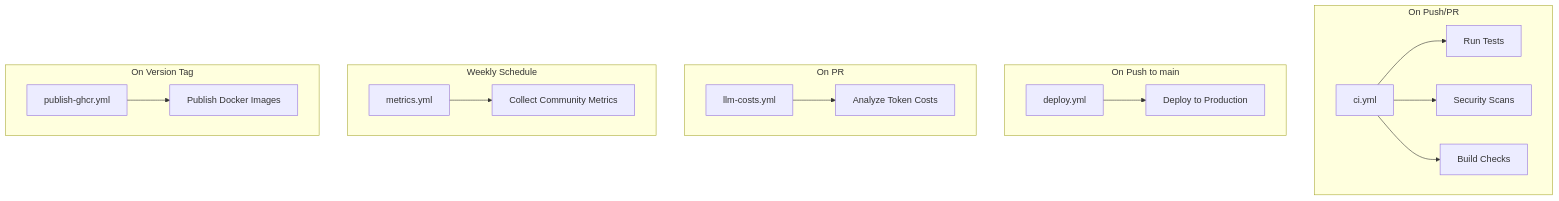
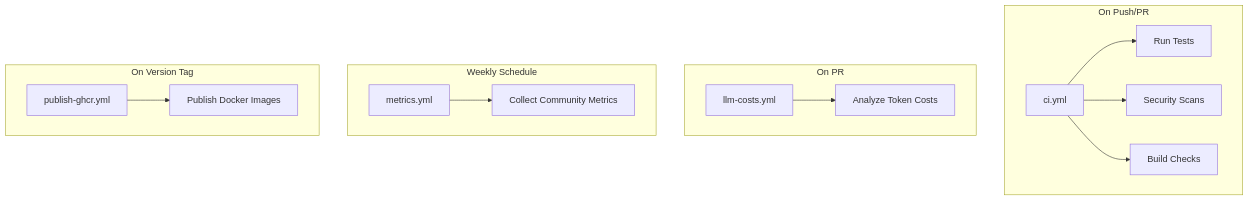
One commit to AleksNeStu/ai-real-estate-assistant changed the first of 2 diagrams in docs/ci-cd/WORKFLOWS_GUIDE.md. Above: the diagram before and after it, drawn with Mermaid. The commit also changed other lines of this file and 101 other files, not shown here.

````diff
--- a/docs/ci-cd/WORKFLOWS_GUIDE.md
+++ b/docs/ci-cd/WORKFLOWS_GUIDE.md
@@ -7,24 +7,20 @@
 ```mermaid
 graph TB
     subgraph "On Push/PR"
         A[ci.yml] --> B[Run Tests]
         A --> C[Security Scans]
         A --> D[Build Checks]
-    end
-
-    subgraph "On Push to main"
-        E[deploy.yml] --> F[Deploy to Production]
     end
 
     subgraph "On PR"
         G[llm-costs.yml] --> H[Analyze Token Costs]
     end
 
     subgraph "Weekly Schedule"
         I[metrics.yml] --> J[Collect Community Metrics]
     end
 
     subgraph "On Version Tag"
         K[publish-ghcr.yml] --> L[Publish Docker Images]
     end
 ```
````
